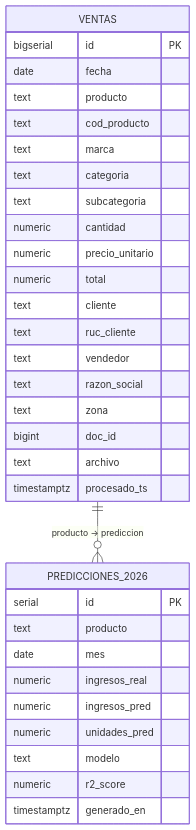
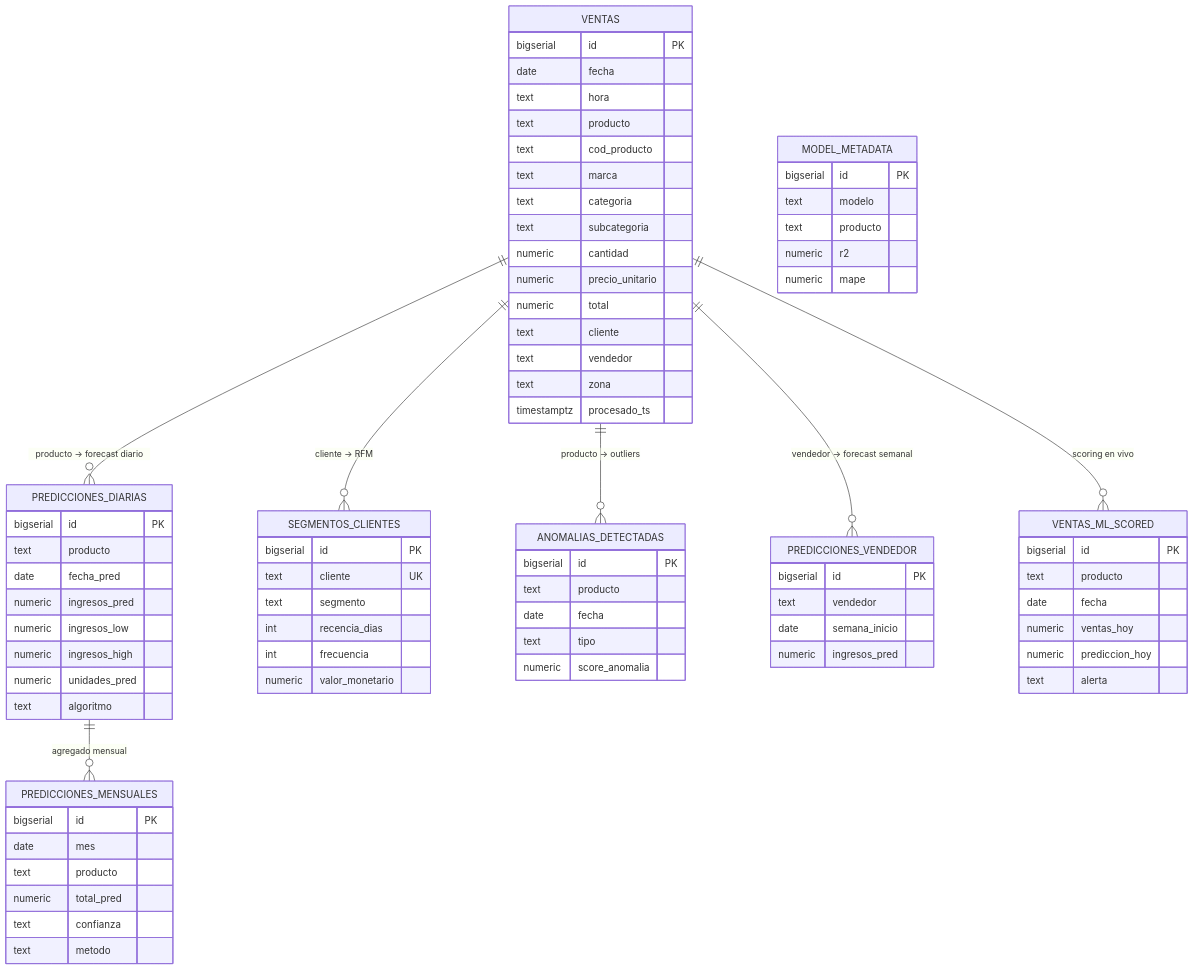
The diagram in docs/datos/postgresql.md (AlessandroPastor/BigData), drawn with Mermaid before and after one commit. The commit also changed other lines of this file and 28 other files, not shown here.

````diff
--- a/docs/datos/postgresql.md
+++ b/docs/datos/postgresql.md
@@ -28,6 +26,7 @@
     VENTAS {
         bigserial id PK
         date fecha
+        text hora
         text producto
         text cod_producto
         text marca
@@ -37,26 +36,76 @@
         numeric precio_unitario
         numeric total
         text cliente
-        text ruc_cliente
         text vendedor
-        text razon_social
         text zona
-        bigint doc_id
-        text archivo
         timestamptz procesado_ts
     }
 
-    PREDICCIONES_2026 {
-        serial id PK
+    PREDICCIONES_DIARIAS {
+        bigserial id PK
         text producto
-        date mes
-        numeric ingresos_real
+        date fecha_pred
         numeric ingresos_pred
+        numeric ingresos_low
+        numeric ingresos_high
         numeric unidades_pred
-        text modelo
-        numeric r2_score
-        timestamptz generado_en
+        text algoritmo
     }
 
-    VENTAS ||--o{ PREDICCIONES_2026 : "producto → prediccion"
+    PREDICCIONES_MENSUALES {
+        bigserial id PK
+        date mes
+        text producto
+        numeric total_pred
+        text confianza
+        text metodo
+    }
+
+    SEGMENTOS_CLIENTES {
+        bigserial id PK
+        text cliente UK
+        text segmento
+        int recencia_dias
+        int frecuencia
+        numeric valor_monetario
+    }
+
+    ANOMALIAS_DETECTADAS {
+        bigserial id PK
+        text producto
+        date fecha
+        text tipo
+        numeric score_anomalia
+    }
+
+    PREDICCIONES_VENDEDOR {
+        bigserial id PK
+        text vendedor
+        date semana_inicio
+        numeric ingresos_pred
+    }
+
+    VENTAS_ML_SCORED {
+        bigserial id PK
+        text producto
+        date fecha
+        numeric ventas_hoy
+        numeric prediccion_hoy
+        text alerta
+    }
+
+    MODEL_METADATA {
+        bigserial id PK
+        text modelo
+        text producto
+        numeric r2
+        numeric mape
+    }
+
+    VENTAS ||--o{ PREDICCIONES_DIARIAS : "producto -> forecast diario"
+    PREDICCIONES_DIARIAS ||--o{ PREDICCIONES_MENSUALES : "agregado mensual"
+    VENTAS ||--o{ SEGMENTOS_CLIENTES : "cliente -> RFM"
+    VENTAS ||--o{ ANOMALIAS_DETECTADAS : "producto -> outliers"
+    VENTAS ||--o{ PREDICCIONES_VENDEDOR : "vendedor -> forecast semanal"
+    VENTAS ||--o{ VENTAS_ML_SCORED : "scoring en vivo"
 ```
````
